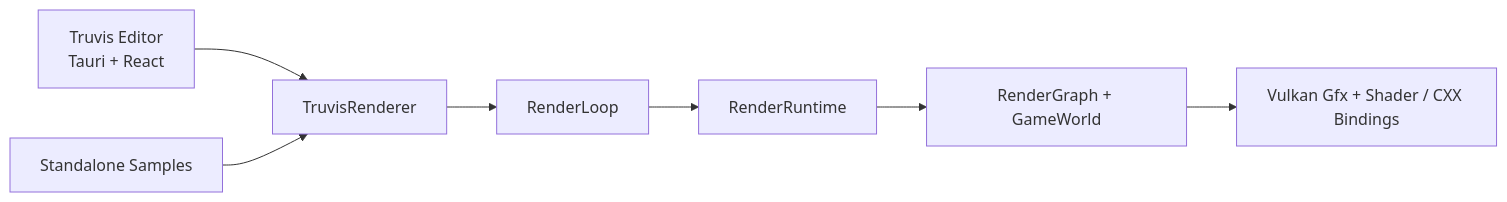
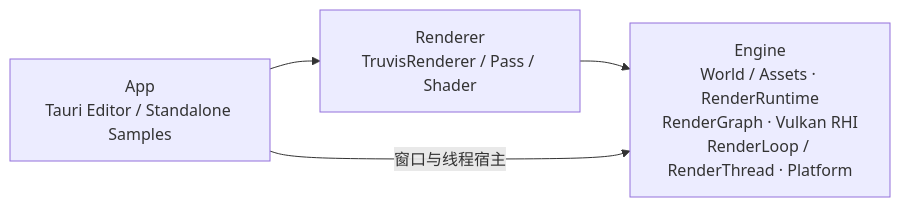
One commit to acccoco/TruvisRenderer changed the diagram in README.md. Above: the diagram before and after it, drawn with Mermaid. The commit also changed other lines of this file, not shown here.

````diff
--- a/README.md
+++ b/README.md
@@ -117,9 +117,6 @@
 ```mermaid
 flowchart LR
-    Editor["Truvis Editor<br/>Tauri + React"] --> Renderer["TruvisRenderer"]
-    Samples["Standalone Samples"] --> Renderer
-    Renderer --> Loop["RenderLoop"]
-    Loop --> Runtime["RenderRuntime"]
-    Runtime --> Graph["RenderGraph + GameWorld"]
-    Graph --> Gfx["Vulkan Gfx + Shader / CXX Bindings"]
+    App["App<br/>Tauri Editor / Standalone Samples"] --> Renderer["Renderer<br/>TruvisRenderer / Pass / Shader"]
+    Renderer --> Engine["Engine<br/>World / Assets · RenderRuntime<br/>RenderGraph · Vulkan RHI<br/>RenderLoop / RenderThread · Platform"]
+    App -->|窗口与线程宿主| Engine
 ```
````
